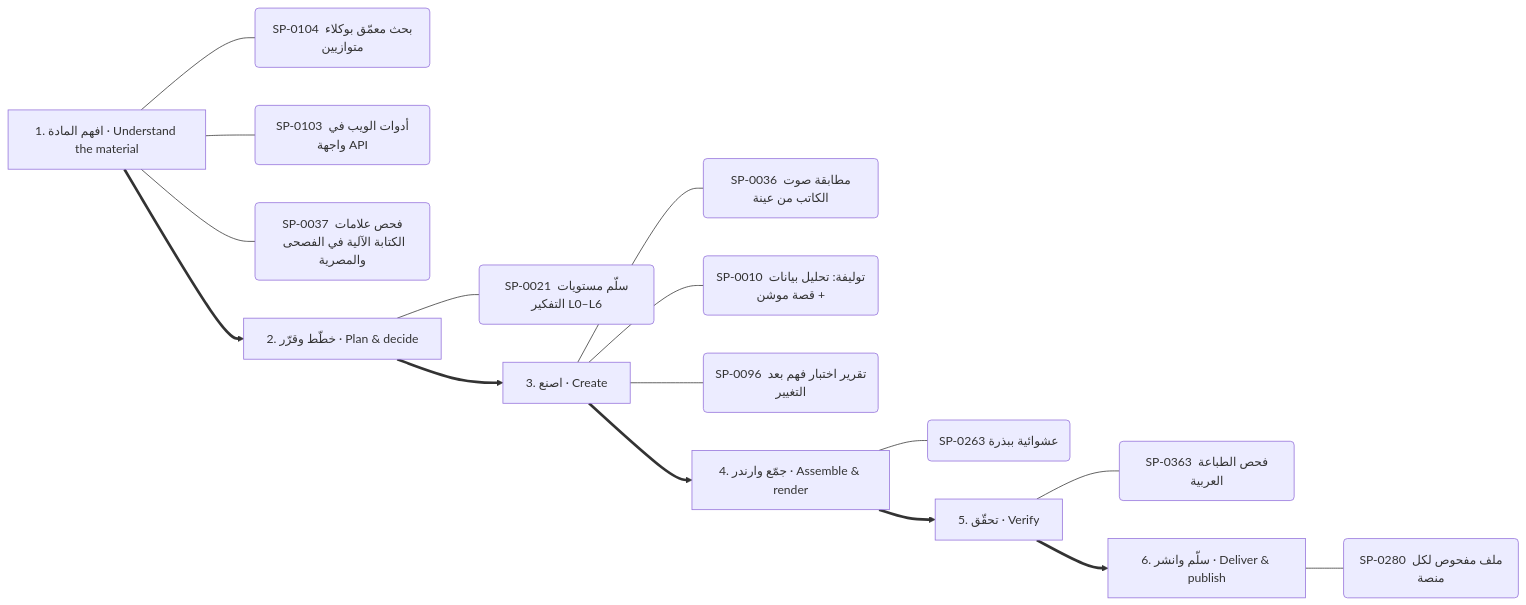
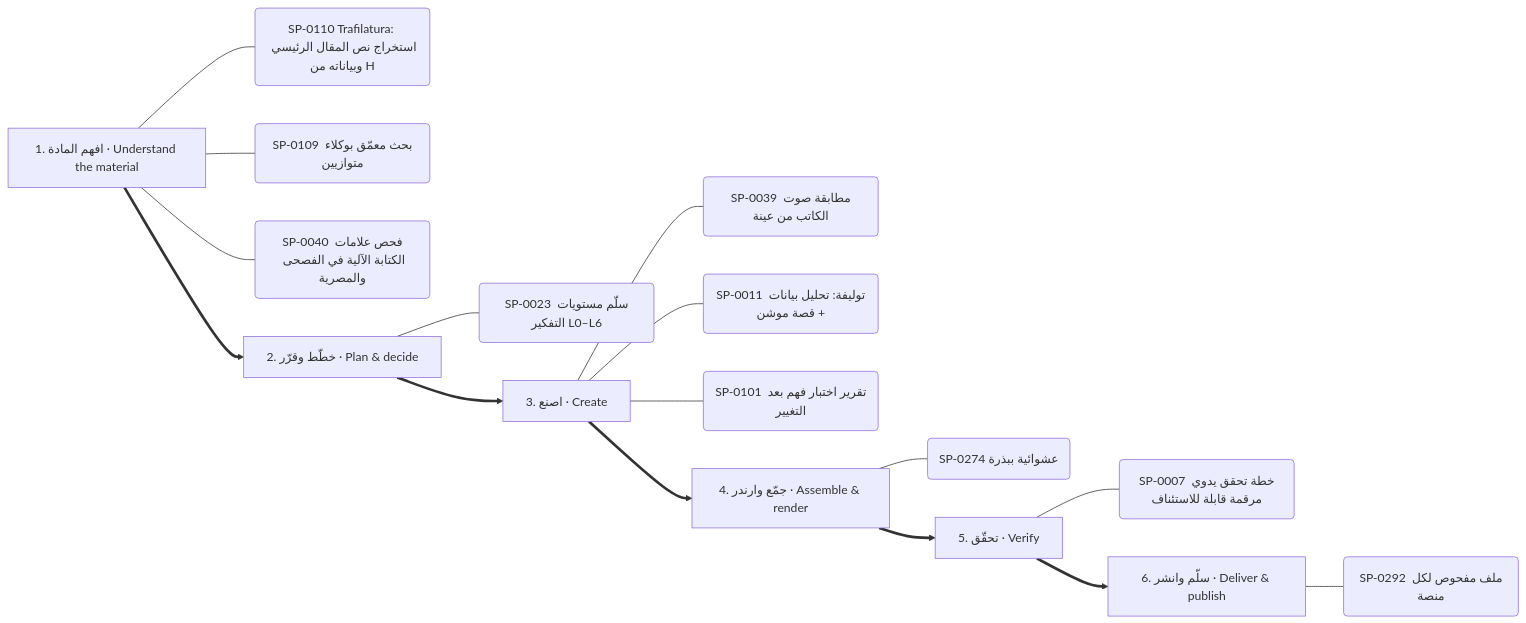
One commit to kosif199022-jpg/kosif-tool changed diagram 13 of 13 in .claude/skills/kosif-superpowers/references/capability-mindmap.md. Above: the diagram before and after it, drawn with Mermaid. The commit also changed other lines of this file and 58 other files, not shown here.

````diff
--- a/.claude/skills/kosif-superpowers/references/capability-mindmap.md
+++ b/.claude/skills/kosif-superpowers/references/capability-mindmap.md
@@ -638,24 +643,24 @@
 ```mermaid
 flowchart LR
   S0["1. افهم المادة · Understand the material"]
-  S0 --- S0_0("SP-0104 بحث معمّق بوكلاء متوازيين")
-  S0 --- S0_1("SP-0103 أدوات الويب في واجهة API")
-  S0 --- S0_2("SP-0037 فحص علامات الكتابة الآلية في الفصحى والمصرية")
+  S0 --- S0_0("SP-0110 Trafilatura: استخراج نص المقال الرئيسي وبياناته من H")
+  S0 --- S0_1("SP-0109 بحث معمّق بوكلاء متوازيين")
+  S0 --- S0_2("SP-0040 فحص علامات الكتابة الآلية في الفصحى والمصرية")
   S1["2. خطّط وقرّر · Plan & decide"]
-  S1 --- S1_0("SP-0021 سلّم مستويات التفكير L0–L6")
+  S1 --- S1_0("SP-0023 سلّم مستويات التفكير L0–L6")
   S0 ==> S1
   S2["3. اصنع · Create"]
-  S2 --- S2_0("SP-0036 مطابقة صوت الكاتب من عينة")
-  S2 --- S2_1("SP-0010 توليفة: تحليل بيانات + قصة موشن")
-  S2 --- S2_2("SP-0096 تقرير اختبار فهم بعد التغيير")
+  S2 --- S2_0("SP-0039 مطابقة صوت الكاتب من عينة")
+  S2 --- S2_1("SP-0011 توليفة: تحليل بيانات + قصة موشن")
+  S2 --- S2_2("SP-0101 تقرير اختبار فهم بعد التغيير")
   S1 ==> S2
   S3["4. جمّع وارندر · Assemble & render"]
-  S3 --- S3_0("SP-0263 عشوائية ببذرة")
+  S3 --- S3_0("SP-0274 عشوائية ببذرة")
   S2 ==> S3
   S4["5. تحقّق · Verify"]
-  S4 --- S4_0("SP-0363 فحص الطباعة العربية")
+  S4 --- S4_0("SP-0007 خطة تحقق يدوي مرقمة قابلة للاستئناف")
   S3 ==> S4
   S5["6. سلّم وانشر · Deliver & publish"]
-  S5 --- S5_0("SP-0280 ملف مفحوص لكل منصة")
+  S5 --- S5_0("SP-0292 ملف مفحوص لكل منصة")
   S4 ==> S5
 ```
````
